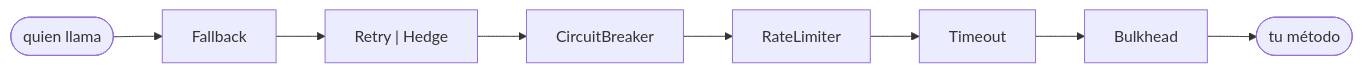
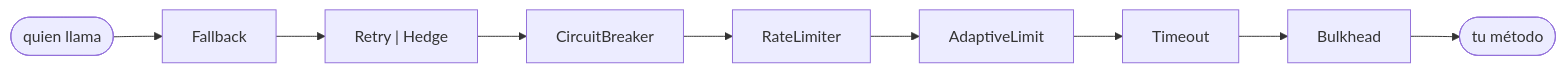
Before and after one commit to fabiangftech/resilience4cata: the diagram in docs/es/policies/README.md, drawn with Mermaid. The commit also changed other lines of this file and 115 other files, not shown here.

Commit message:
feat: @AdaptiveLimit (Gradient2, AIMD)

````diff
--- a/docs/es/policies/README.md
+++ b/docs/es/policies/README.md
@@ -36,4 +38,4 @@
 ```mermaid
 flowchart LR
-    caller(["quien llama"]) --> F["Fallback"] --> R["Retry | Hedge"] --> C["CircuitBreaker"] --> L["RateLimiter"] --> T["Timeout"] --> B["Bulkhead"] --> M(["tu método"])
+    caller(["quien llama"]) --> F["Fallback"] --> R["Retry | Hedge"] --> C["CircuitBreaker"] --> L["RateLimiter"] --> A["AdaptiveLimit"] --> T["Timeout"] --> B["Bulkhead"] --> M(["tu método"])
 ```
````
